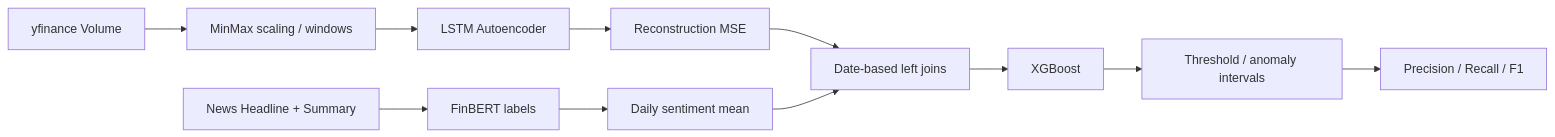
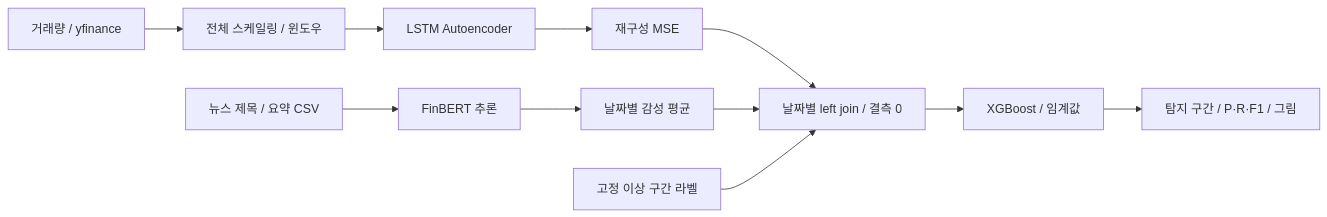
The diagram in README.md (YIM551/market-anomaly-research), drawn with Mermaid before and after one commit. The commit also changed other lines of this file and 30 other files, not shown here.

````diff
--- a/README.md
+++ b/README.md
@@ -30,13 +34,13 @@
 ```mermaid
 flowchart LR
-  Y[yfinance Volume] --> V[MinMax scaling / windows]
-  V --> AE[LSTM Autoencoder]
-  AE --> M[Reconstruction MSE]
-  N[News Headline + Summary] --> F[FinBERT labels]
-  F --> A[Daily sentiment mean]
-  M --> J[Date-based left joins]
-  A --> J
-  J --> X[XGBoost]
-  X --> T[Threshold / anomaly intervals]
-  T --> E[Precision / Recall / F1]
+    V[거래량 / yfinance] --> W[전체 스케일링 / 윈도우]
+    W --> A[LSTM Autoencoder]
+    A --> M[재구성 MSE]
+    N[뉴스 제목 / 요약 CSV] --> F[FinBERT 추론]
+    F --> D[날짜별 감성 평균]
+    M --> J[날짜별 left join / 결측 0]
+    D --> J
+    L[고정 이상 구간 라벨] --> J
+    J --> X[XGBoost / 임계값]
+    X --> O[탐지 구간 / P·R·F1 / 그림]
 ```
````
